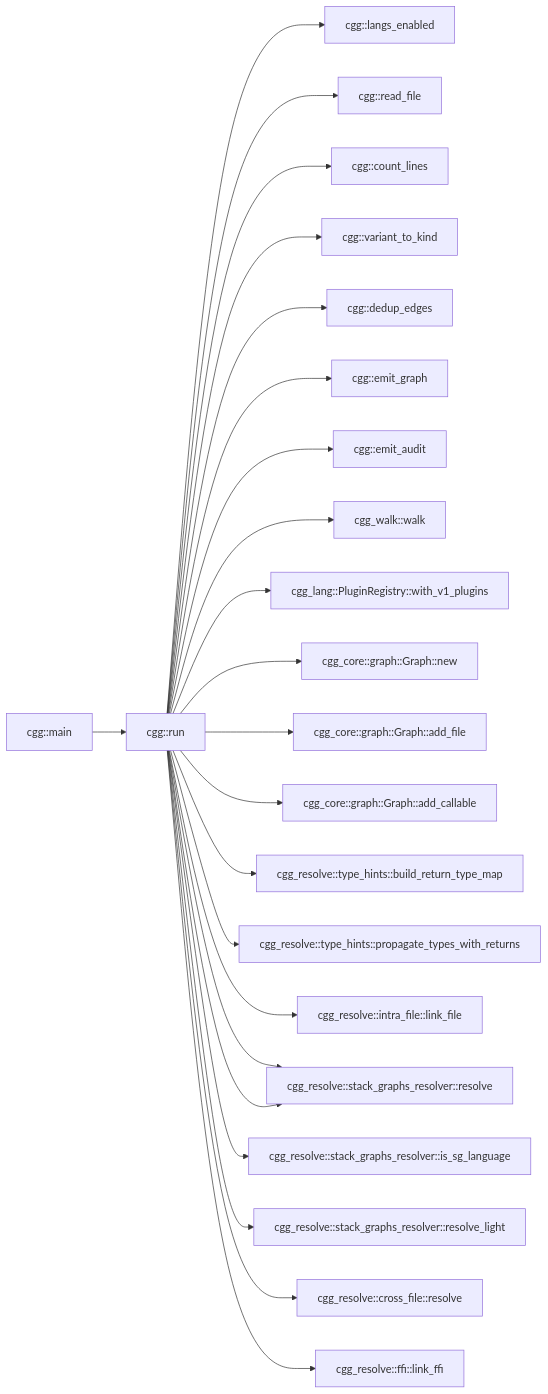
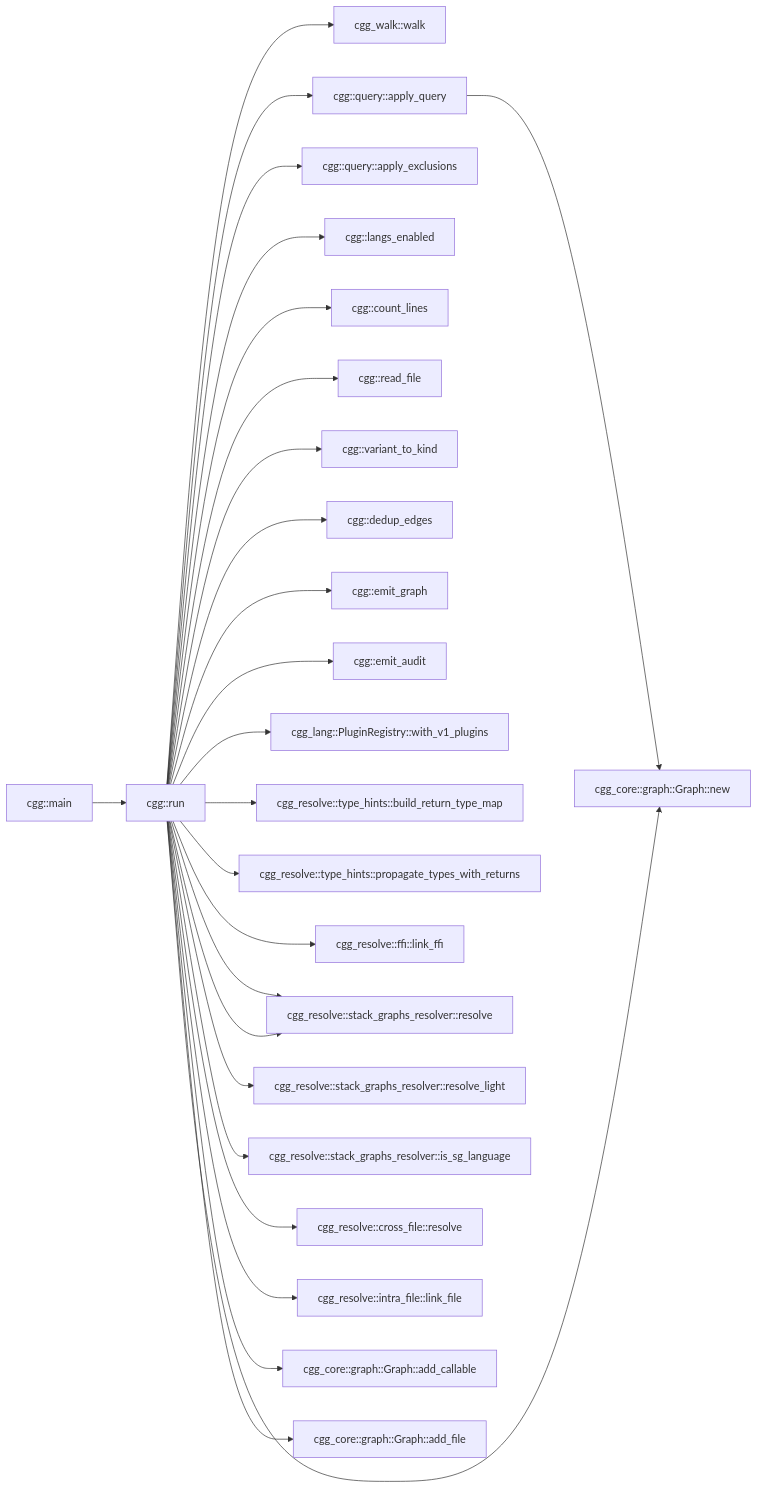
Before and after one commit to NeuralNotwerk/cgg: the first of 3 diagrams in README.md, drawn with Mermaid. The commit also changed other lines of this file and 2 other files, not shown here.

Commit message:
docs: update README with current stats, graphs, and timings
Add scripts/update-readme-stats.sh + scripts/patch-readme-stats.py
to programmatically regenerate the self-analysis graph, benchmark
table, and stats line from actual cgg output.

Current numbers:
- Self: 685 callables, 978 edges, 165 cross-file, 100ms
- ripgrep: 2,766 callables, 4,041 edges, 54% cross-file, 469ms
- Also documents --exclude-partial/glob/regex flags in CLI table

````diff
--- a/README.md
+++ b/README.md
@@ -181,47 +186,52 @@
 ```mermaid
 flowchart LR
   C2["cgg_walk::walk"]
-  C84["cgg::main"]
-  C86["cgg::run"]
-  C87["cgg::langs_enabled"]
-  C88["cgg::count_lines"]
-  C89["cgg::read_file"]
-  C90["cgg::variant_to_kind"]
-  C91["cgg::dedup_edges"]
-  C93["cgg::emit_graph"]
-  C95["cgg::emit_audit"]
-  C545["cgg_lang::PluginRegistry::with_v1_plugins"]
-  C577["cgg_resolve::type_hints::build_return_type_map"]
-  C578["cgg_resolve::type_hints::propagate_types_with_returns"]
-  C594["cgg_resolve::ffi::link_ffi"]
-  C615["cgg_resolve::stack_graphs_resolver::resolve"]
-  C616["cgg_resolve::stack_graphs_resolver::resolve_light"]
-  C617["cgg_resolve::stack_graphs_resolver::is_sg_language"]
-  C618["cgg_resolve::cross_file::resolve"]
-  C630["cgg_resolve::intra_file::link_file"]
-  C673["cgg_core::graph::Graph::new"]
-  C674["cgg_core::graph::Graph::add_callable"]
-  C675["cgg_core::graph::Graph::add_file"]
-  C84 --> C86
-  C86 --> C87
-  C86 --> C89
-  C86 --> C88
-  C86 --> C90
-  C86 --> C91
-  C86 --> C93
-  C86 --> C95
-  C86 --> C2
-  C86 --> C545
-  C86 --> C673
-  C86 --> C675
-  C86 --> C674
-  C86 --> C577
-  C86 --> C578
-  C86 --> C630
-  C86 --> C615
-  C86 --> C615
-  C86 --> C617
-  C86 --> C616
-  C86 --> C618
-  C86 --> C594
+  C72["cgg::query::apply_query"]
+  C73["cgg::query::apply_exclusions"]
+  C85["cgg::main"]
+  C87["cgg::run"]
+  C88["cgg::langs_enabled"]
+  C89["cgg::count_lines"]
+  C90["cgg::read_file"]
+  C91["cgg::variant_to_kind"]
+  C92["cgg::dedup_edges"]
+  C94["cgg::emit_graph"]
+  C96["cgg::emit_audit"]
+  C541["cgg_lang::PluginRegistry::with_v1_plugins"]
+  C574["cgg_resolve::type_hints::build_return_type_map"]
+  C575["cgg_resolve::type_hints::propagate_types_with_returns"]
+  C591["cgg_resolve::ffi::link_ffi"]
+  C612["cgg_resolve::stack_graphs_resolver::resolve"]
+  C613["cgg_resolve::stack_graphs_resolver::resolve_light"]
+  C614["cgg_resolve::stack_graphs_resolver::is_sg_language"]
+  C615["cgg_resolve::cross_file::resolve"]
+  C627["cgg_resolve::intra_file::link_file"]
+  C676["cgg_core::graph::Graph::new"]
+  C677["cgg_core::graph::Graph::add_callable"]
+  C678["cgg_core::graph::Graph::add_file"]
+  C85 --> C87
+  C87 --> C88
+  C87 --> C90
+  C87 --> C89
+  C87 --> C91
+  C87 --> C92
+  C87 --> C94
+  C87 --> C96
+  C72 --> C676
+  C87 --> C2
+  C87 --> C541
+  C87 --> C676
+  C87 --> C678
+  C87 --> C677
+  C87 --> C574
+  C87 --> C575
+  C87 --> C627
+  C87 --> C612
+  C87 --> C612
+  C87 --> C614
+  C87 --> C613
+  C87 --> C615
+  C87 --> C591
+  C87 --> C72
+  C87 --> C73
 ```
````
